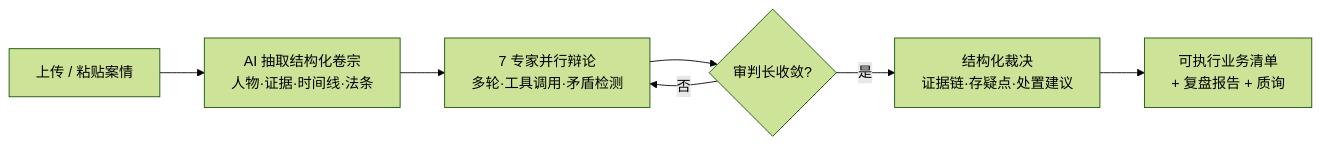
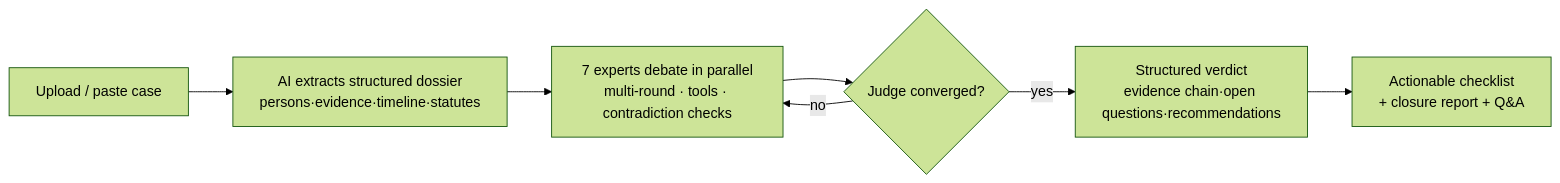
One commit to Morningstar202604/VerdictAI changed the second of 2 diagrams in README.md. Above: the diagram before and after it, drawn with Mermaid (forest theme). The commit also changed other lines of this file and 2 other files, not shown here.

````diff
--- a/README.md
+++ b/README.md
@@ -136,9 +134,9 @@
 ```mermaid
 flowchart LR
-    A[上传 / 粘贴案情] --> B[AI 抽取结构化卷宗<br/>人物·证据·时间线·法条]
-    B --> C[7 专家并行辩论<br/>多轮·工具调用·矛盾检测]
-    C --> D{审判长收敛?}
-    D -->|否| C
-    D -->|是| E[结构化裁决<br/>证据链·存疑点·处置建议]
-    E --> F[可执行业务清单<br/>+ 复盘报告 + 质询]
+    A[Upload / paste case] --> B[AI extracts structured dossier<br/>persons·evidence·timeline·statutes]
+    B --> C[7 experts debate in parallel<br/>multi-round · tools · contradiction checks]
+    C --> D{Judge converged?}
+    D -->|no| C
+    D -->|yes| E[Structured verdict<br/>evidence chain·open questions·recommendations]
+    E --> F[Actionable checklist<br/>+ closure report + Q&A]
 ```
````
